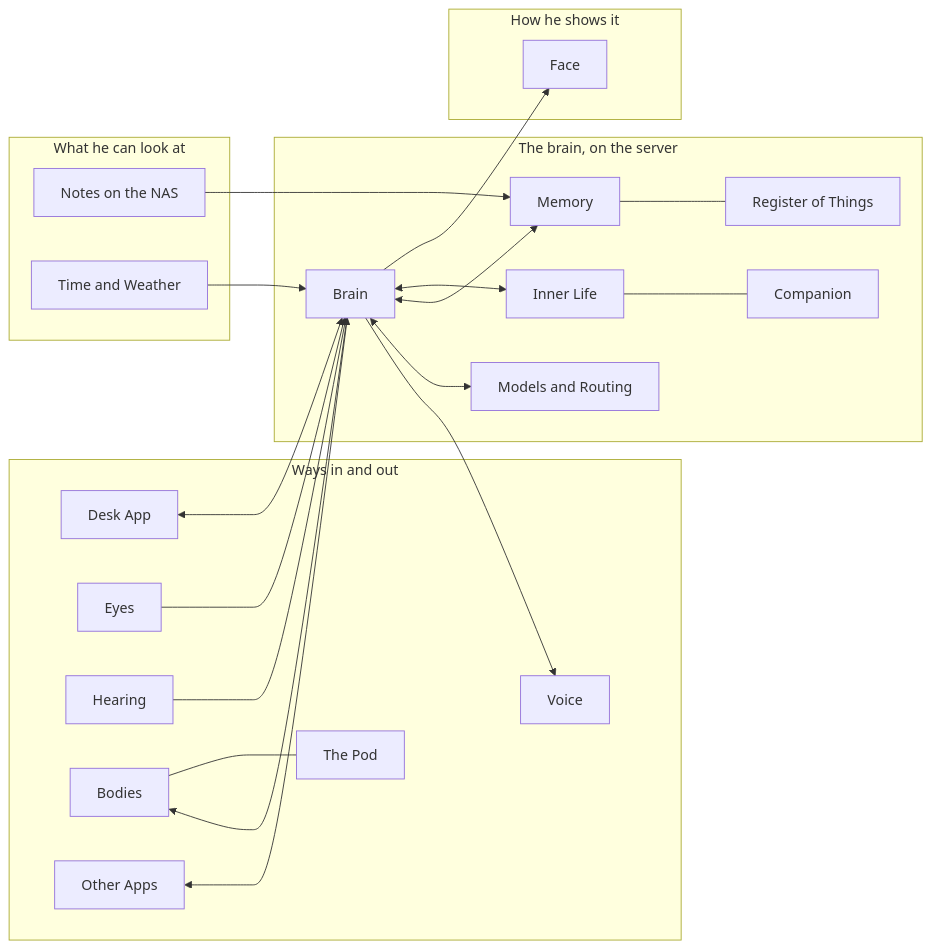
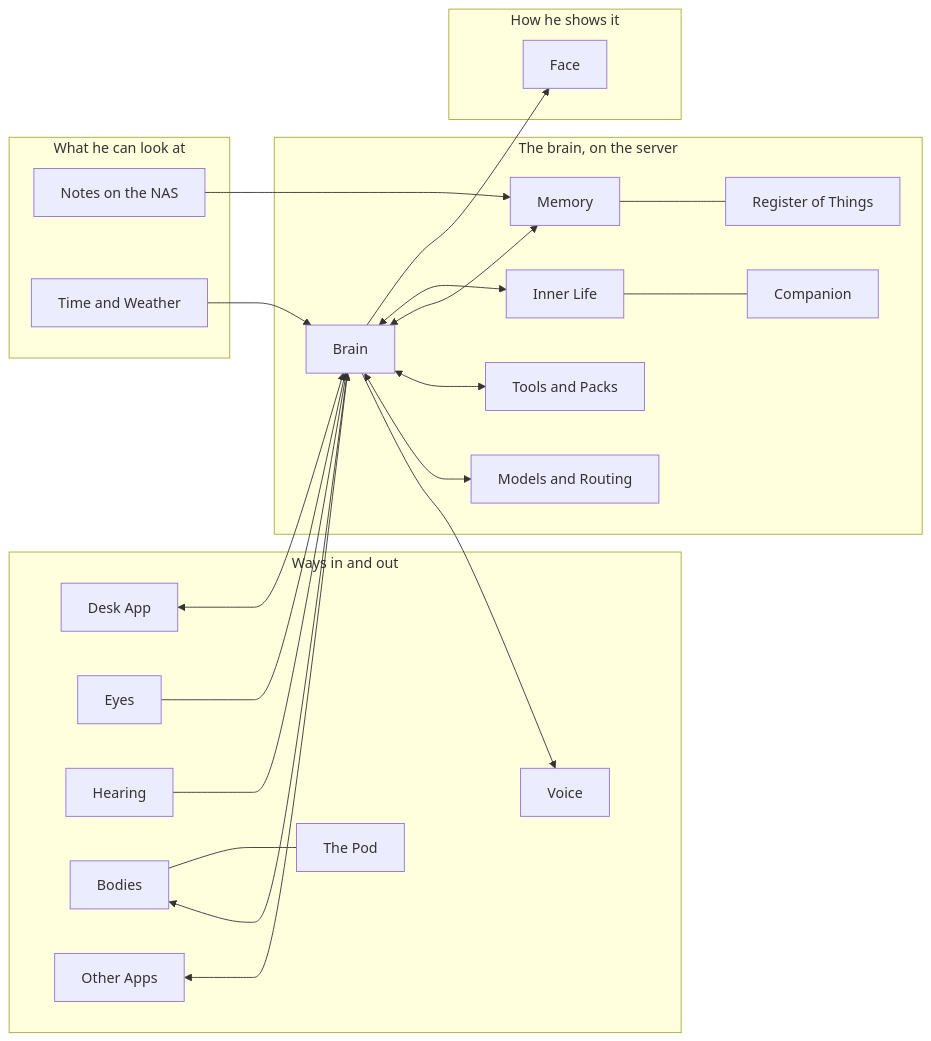
One commit to Senitage/Kit changed the diagram in docs/Home.md. Above: the diagram before and after it, drawn with Mermaid. The commit also changed other lines of this file and 22 other files, not shown here.

````diff
--- a/docs/Home.md
+++ b/docs/Home.md
@@ -41,43 +41,45 @@
 ```mermaid
 flowchart LR
     subgraph Ways["Ways in and out"]
         DeskApp["Desk App"]
         Eyes["Eyes"]
         Hearing["Hearing"]
         Voice["Voice"]
         Bodies["Bodies"]
         Pod["The Pod"]
         OtherApps["Other Apps"]
     end
     subgraph Mind["The brain, on the server"]
         Brain["Brain"]
         Routing["Models and Routing"]
         Memory["Memory"]
         Things["Register of Things"]
         Life["Inner Life"]
         Companion["Companion"]
+        Tools["Tools and Packs"]
     end
     subgraph Show["How he shows it"]
         Face["Face"]
     end
     subgraph World["What he can look at"]
         Notes["Notes on the NAS"]
         Weather["Time and Weather"]
     end
     DeskApp <--> Brain
     Eyes --> Brain
     Hearing --> Brain
     Brain --> Voice
     OtherApps <--> Brain
     Bodies <--> Brain
     Bodies --- Pod
     Brain <--> Routing
+    Brain <--> Tools
     Brain <--> Memory
     Memory --- Things
     Brain <--> Life
     Life --- Companion
     Brain --> Face
     Notes --> Memory
     Weather --> Brain
-    class DeskApp,Eyes,Hearing,Voice,Bodies,Pod,OtherApps,Brain,Routing,Memory,Things,Life,Companion,Face,Notes,Weather internal-link
+    class DeskApp,Eyes,Hearing,Voice,Bodies,Pod,OtherApps,Brain,Routing,Memory,Things,Life,Companion,Tools,Face,Notes,Weather internal-link
 ```
````
